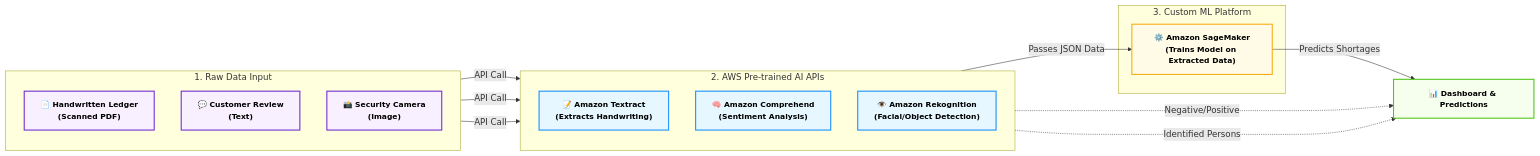
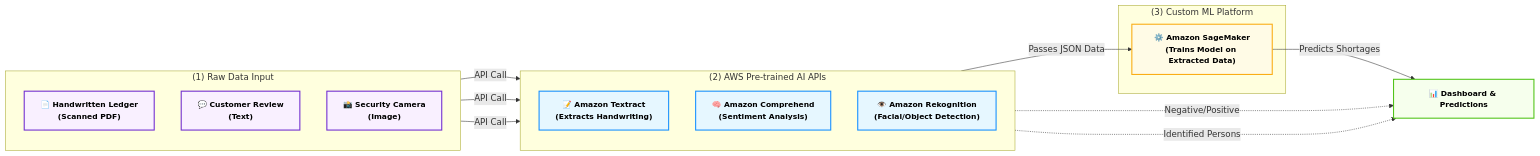
Diagram 37 of 48 in Domain 3.md (muhammad-khaled-tech/My-Study-Notes), drawn with Mermaid before and after one commit. The commit also changed 2 other files, not shown here.

Commit message:
vault backup: 2026-06-04 23:43:14

````diff
--- a/Domain 3.md
+++ b/Domain 3.md
@@ -4049,46 +4049,47 @@
 ```mermaid
 flowchart LR
-    %% Global Styling
-    classDef default font-weight:bold,font-size:14px,stroke-width:2px;
-    classDef input fill:#f9f0ff,stroke:#722ed1,color:#000;
-    classDef ai_ready fill:#e6f7ff,stroke:#1890ff,color:#000;
-    classDef ai_custom fill:#fffbe6,stroke:#faad14,color:#000;
-    classDef output fill:#f6ffed,stroke:#52c41a,color:#000;
 
-    subgraph Inputs ["1. Raw Data Input"]
-        direction TB
-        Doc["📄 Handwritten Ledger<br/>(Scanned PDF)"]
-        Review["💬 Customer Review<br/>(Text)"]
-        Img["📸 Security Camera<br/>(Image)"]
-    end
+%% Global Styling
+classDef default font-weight:bold,font-size:14px,stroke-width:2px;
+classDef input fill:#f9f0ff,stroke:#722ed1,color:#000;
+classDef ai_ready fill:#e6f7ff,stroke:#1890ff,color:#000;
+classDef ai_custom fill:#fffbe6,stroke:#faad14,color:#000;
+classDef output fill:#f6ffed,stroke:#52c41a,color:#000;
 
-    subgraph AI_Ready_APIs ["2. AWS Pre-trained AI APIs"]
-        direction TB
-        Textract["📝 Amazon Textract<br/>(Extracts Handwriting)"]
-        Comprehend["🧠 Amazon Comprehend<br/>(Sentiment Analysis)"]
-        Rekog["👁️ Amazon Rekognition<br/>(Facial/Object Detection)"]
-    end
+subgraph Inputs ["(1) Raw Data Input"]
+    direction TB
+    Doc["📄 Handwritten Ledger<br>(Scanned PDF)"]
+    Review["💬 Customer Review<br>(Text)"]
+    Img["📸 Security Camera<br>(Image)"]
+end
 
-    subgraph Custom_AI ["3. Custom ML Platform"]
-        SageMaker["⚙️ Amazon SageMaker<br/>(Trains Model on Extracted Data)"]
-    end
+subgraph AI_Ready_APIs ["(2) AWS Pre-trained AI APIs"]
+    direction TB
+    Textract["📝 Amazon Textract<br>(Extracts Handwriting)"]
+    Comprehend["🧠 Amazon Comprehend<br>(Sentiment Analysis)"]
+    Rekog["👁️ Amazon Rekognition<br>(Facial/Object Detection)"]
+end
 
-    Result["📊 Dashboard & Predictions"]
+subgraph Custom_AI ["(3) Custom ML Platform"]
+    SageMaker["⚙️ Amazon SageMaker<br>(Trains Model on Extracted Data)"]
+end
 
-    %% Connections
-    Doc -->|"API Call"| Textract
-    Review -->|"API Call"| Comprehend
-    Img -->|"API Call"| Rekog
+Result["📊 Dashboard & Predictions"]
 
-    Textract -->|"Passes JSON Data"| SageMaker
-    SageMaker -->|"Predicts Shortages"| Result
-    
-    Comprehend -.->|"Negative/Positive"| Result
-    Rekog -.->|"Identified Persons"| Result
+%% Connections
+Doc -->|"API Call"| Textract
+Review -->|"API Call"| Comprehend
+Img -->|"API Call"| Rekog
 
-    %% Apply Classes
-    class Doc,Review,Img input;
-    class Textract,Comprehend,Rekog ai_ready;
-    class SageMaker ai_custom;
-    class Result output;
+Textract -->|"Passes JSON Data"| SageMaker
+SageMaker -->|"Predicts Shortages"| Result
+
+Comprehend -.->|"Negative/Positive"| Result
+Rekog -.->|"Identified Persons"| Result
+
+%% Apply Classes
+class Doc,Review,Img input;
+class Textract,Comprehend,Rekog ai_ready;
+class SageMaker ai_custom;
+class Result output;
 ```
````
